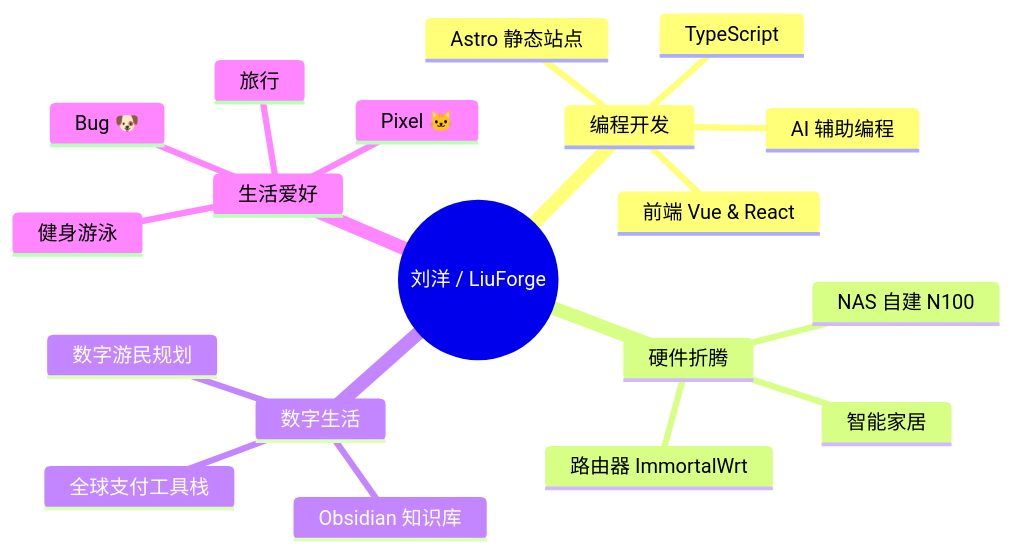
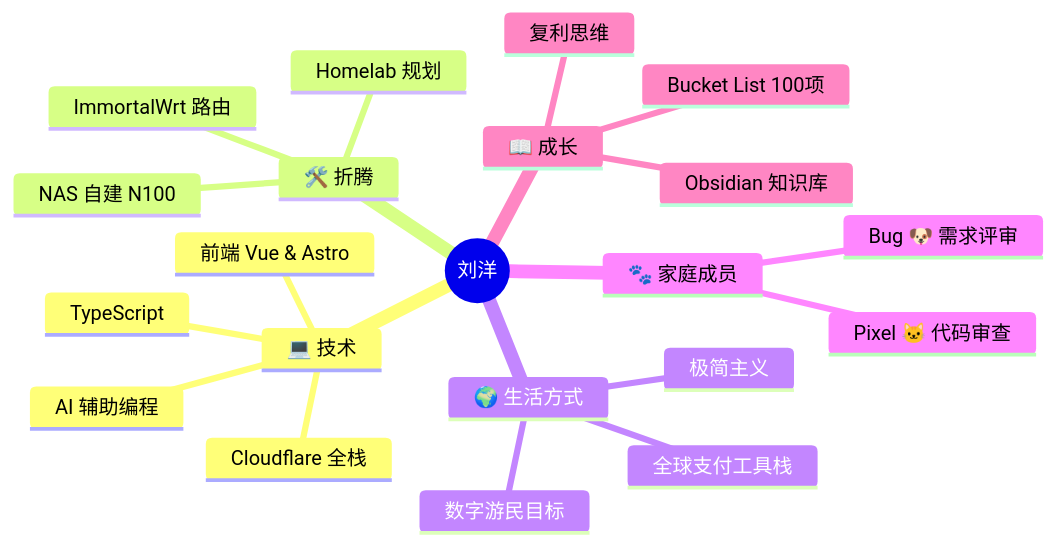
The diagram in README.md (2385347602/2385347602), drawn with Mermaid before and after one commit. The commit also changed other lines of this file, not shown here.

````diff
--- a/README.md
+++ b/README.md
@@ -105,22 +161,24 @@
 ```mermaid
 mindmap
-  root((刘洋 / LiuForge))
-    编程开发
-      前端 Vue & React
+  root((刘洋))
+    💻 技术
+      前端 Vue & Astro
       TypeScript
-      Astro 静态站点
+      Cloudflare 全栈
       AI 辅助编程
-    硬件折腾
+    🛠️ 折腾
       NAS 自建 N100
-      路由器 ImmortalWrt
-      智能家居
-    数字生活
+      ImmortalWrt 路由
+      Homelab 规划
+    🌍 生活方式
+      数字游民目标
+      全球支付工具栈
+      极简主义
+    🐾 家庭成员
+      Bug 🐶 需求评审
+      Pixel 🐱 代码审查
+    📖 成长
       Obsidian 知识库
-      数字游民规划
-      全球支付工具栈
-    生活爱好
-      Bug 🐶
-      Pixel 🐱
-      旅行
-      健身游泳
+      Bucket List 100项
+      复利思维
 ```
````
